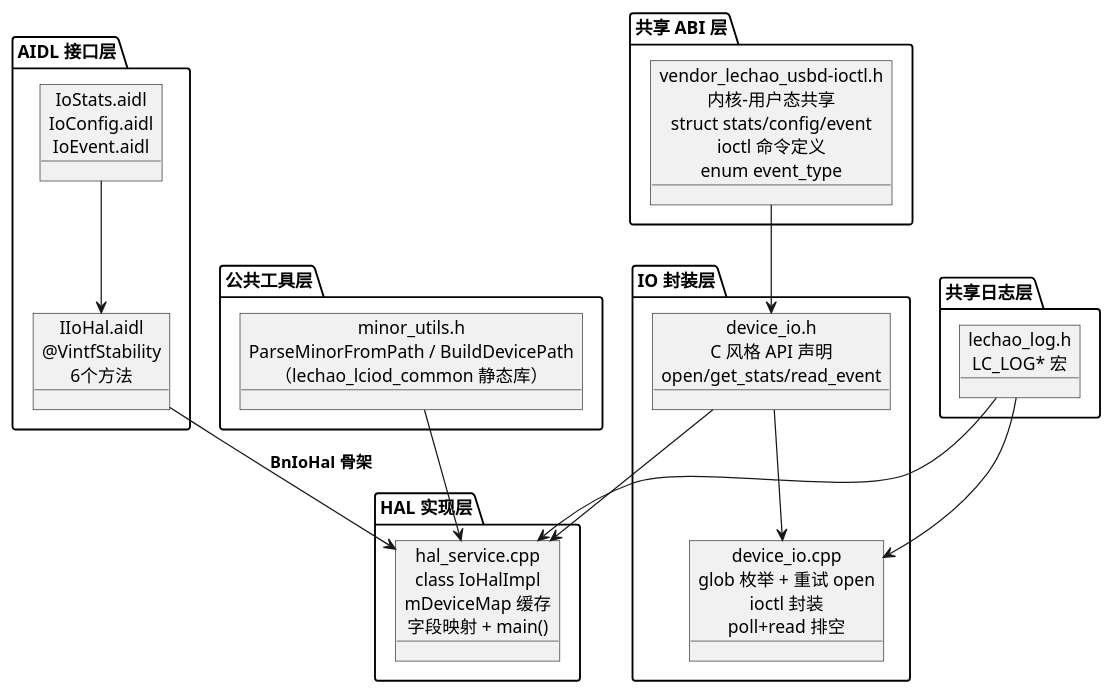
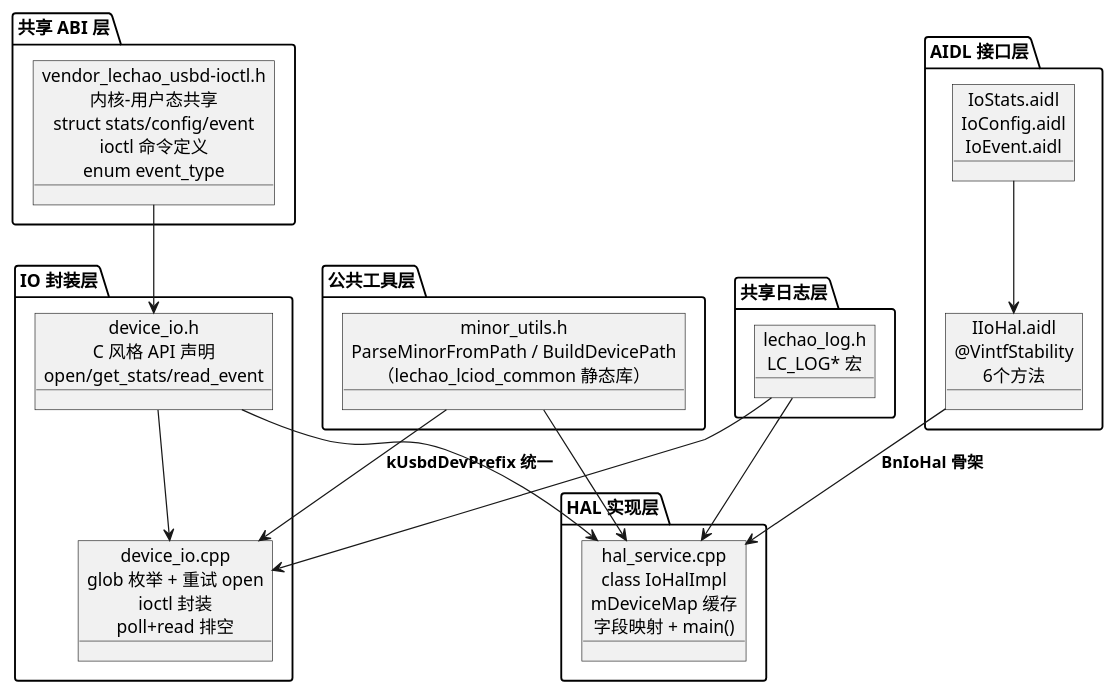
The tenth of 13 diagrams in docs/02-IO增强/02.02-HAL增强-lciod-hal.md (lechao365/AndroidSystemEnhance), drawn with PlantUML before and after one commit. The commit also changed other lines of this file and 184 other files, not shown here.

````diff
--- a/docs/02-IO增强/02.02-HAL增强-lciod-hal.md
+++ b/docs/02-IO增强/02.02-HAL增强-lciod-hal.md
@@ -448,38 +452,39 @@
 ```plantuml
 @startuml
 package "AIDL 接口层" as aidl {
     object "IIoHal.aidl\n@VintfStability\n6个方法" as AIDL
     object "IoStats.aidl\nIoConfig.aidl\nIoEvent.aidl" as PARCEL
 }
 
 package "共享 ABI 层" as abi {
     object "vendor_lechao_usbd-ioctl.h\n内核-用户态共享\nstruct stats/config/event\nioctl 命令定义\nenum event_type" as IOCTL
 }
 
 package "公共工具层" as common {
     object "minor_utils.h\nParseMinorFromPath / BuildDevicePath\n（lechao_lciod_common 静态库）" as MINOR
 }
 
 package "IO 封装层" as io {
     object "device_io.h\nC 风格 API 声明\nopen/get_stats/read_event" as HDR
     object "device_io.cpp\nglob 枚举 + 重试 open\nioctl 封装\npoll+read 排空" as IMPL
 }
 
 package "HAL 实现层" as hal {
     object "hal_service.cpp\nclass IoHalImpl\nmDeviceMap 缓存\n字段映射 + main()" as SVC
 }
 
 package "共享日志层" as log {
     object "lechao_log.h\nLC_LOG* 宏" as LCLOG
 }
 
 AIDL --> SVC : **BnIoHal 骨架**
 PARCEL --> AIDL
 IOCTL --> HDR
 MINOR --> SVC
+MINOR --> IMPL : **kUsbdDevPrefix 统一**
 HDR --> IMPL
 HDR --> SVC
 LCLOG --> IMPL
 LCLOG --> SVC
 @enduml
 ```
````
